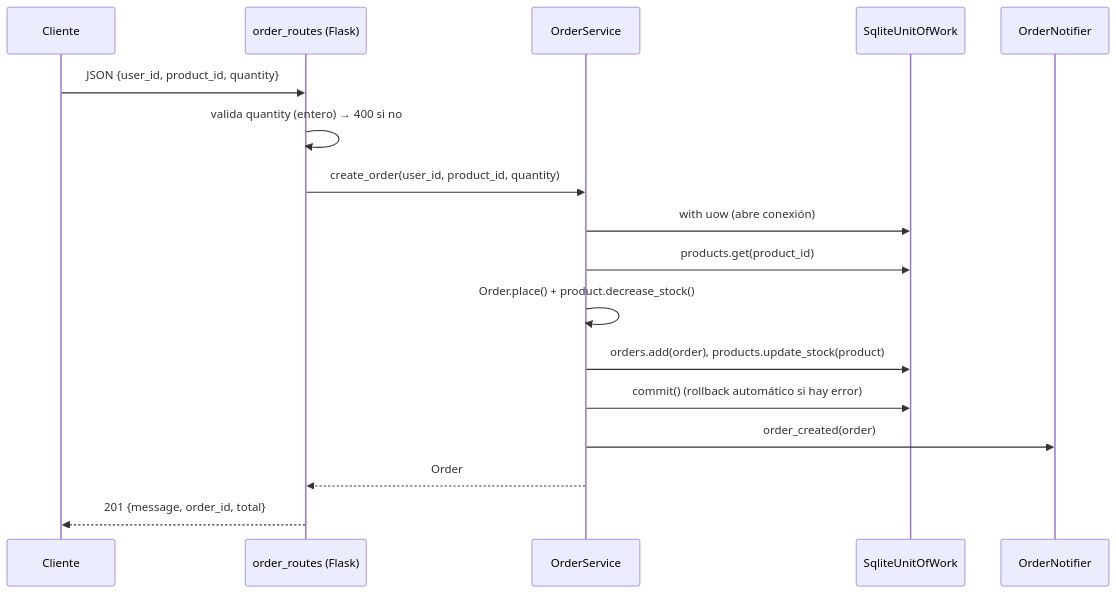
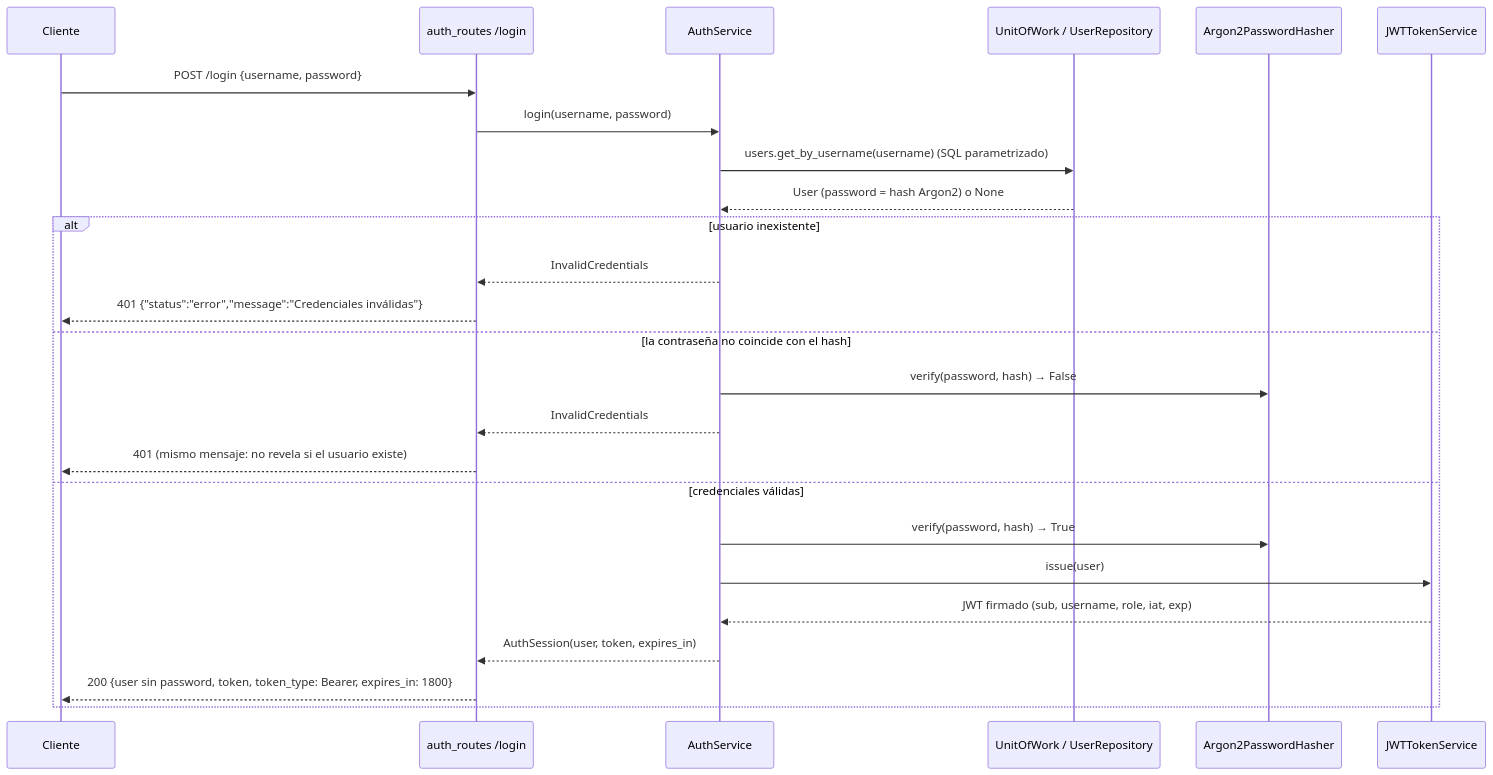
Before and after one commit to s-pulgarin/legacy-order-hub: the second of 3 diagrams in docs/ARCHITECTURE.md, drawn with Mermaid. The commit also changed other lines of this file and 12 other files, not shown here.

````diff
--- a/docs/ARCHITECTURE.md
+++ b/docs/ARCHITECTURE.md
@@ -83,20 +133,28 @@
 ```mermaid
 sequenceDiagram
     participant C as Cliente
-    participant R as order_routes (Flask)
-    participant S as OrderService
-    participant U as SqliteUnitOfWork
-    participant N as OrderNotifier
+    participant R as auth_routes /login
+    participant A as AuthService
+    participant U as UnitOfWork / UserRepository
+    participant H as Argon2PasswordHasher
+    participant T as JWTTokenService
 
-    C->>R: JSON {user_id, product_id, quantity}
-    R->>R: valida quantity (entero) → 400 si no
-    R->>S: create_order(user_id, product_id, quantity)
-    S->>U: with uow (abre conexión)
-    S->>U: products.get(product_id)
-    S->>S: Order.place() + product.decrease_stock()
-    S->>U: orders.add(order), products.update_stock(product)
-    S->>U: commit()  (rollback automático si hay error)
-    S->>N: order_created(order)
-    S-->>R: Order
-    R-->>C: 201 {message, order_id, total}
+    C->>R: POST /login {username, password}
+    R->>A: login(username, password)
+    A->>U: users.get_by_username(username)  (SQL parametrizado)
+    U-->>A: User (password = hash Argon2) o None
+    alt usuario inexistente
+        A-->>R: InvalidCredentials
+        R-->>C: 401 {"status":"error","message":"Credenciales inválidas"}
+    else la contraseña no coincide con el hash
+        A->>H: verify(password, hash) → False
+        A-->>R: InvalidCredentials
+        R-->>C: 401 (mismo mensaje: no revela si el usuario existe)
+    else credenciales válidas
+        A->>H: verify(password, hash) → True
+        A->>T: issue(user)
+        T-->>A: JWT firmado (sub, username, role, iat, exp)
+        A-->>R: AuthSession(user, token, expires_in)
+        R-->>C: 200 {user sin password, token, token_type: Bearer, expires_in: 1800}
+    end
 ```
````
